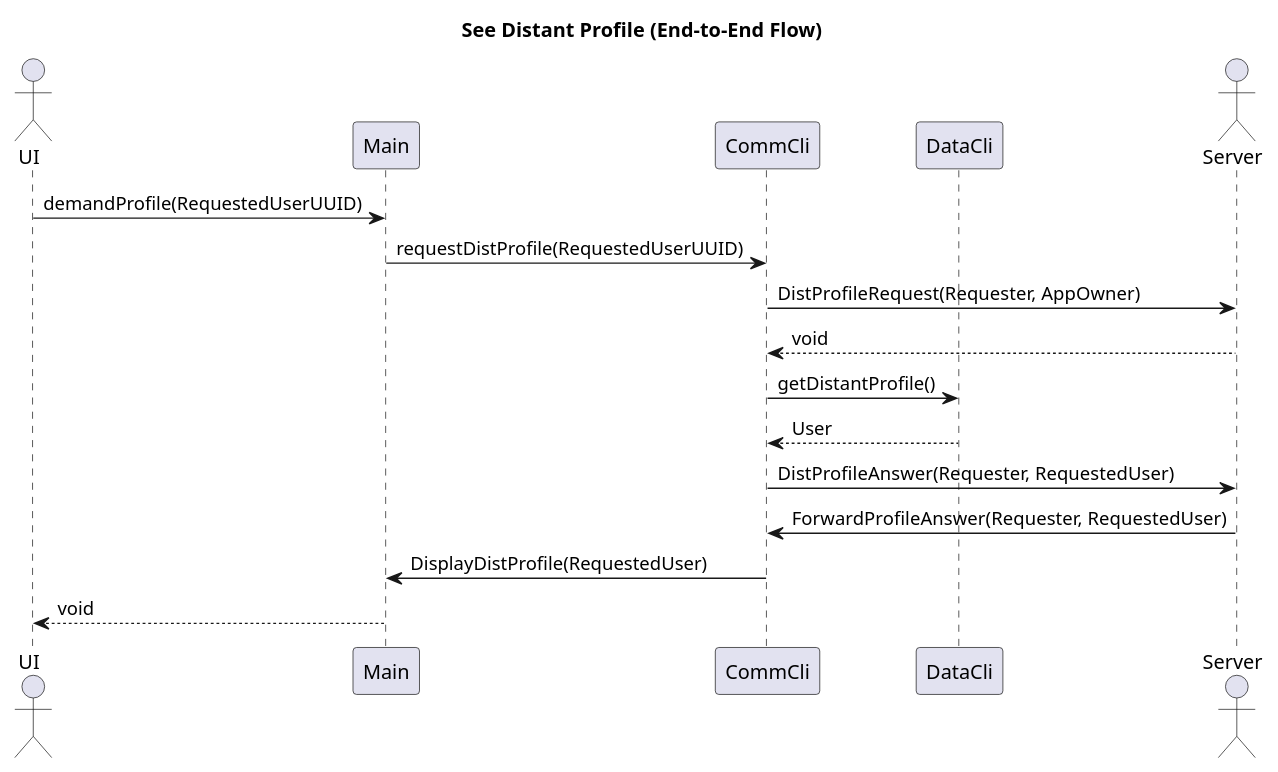
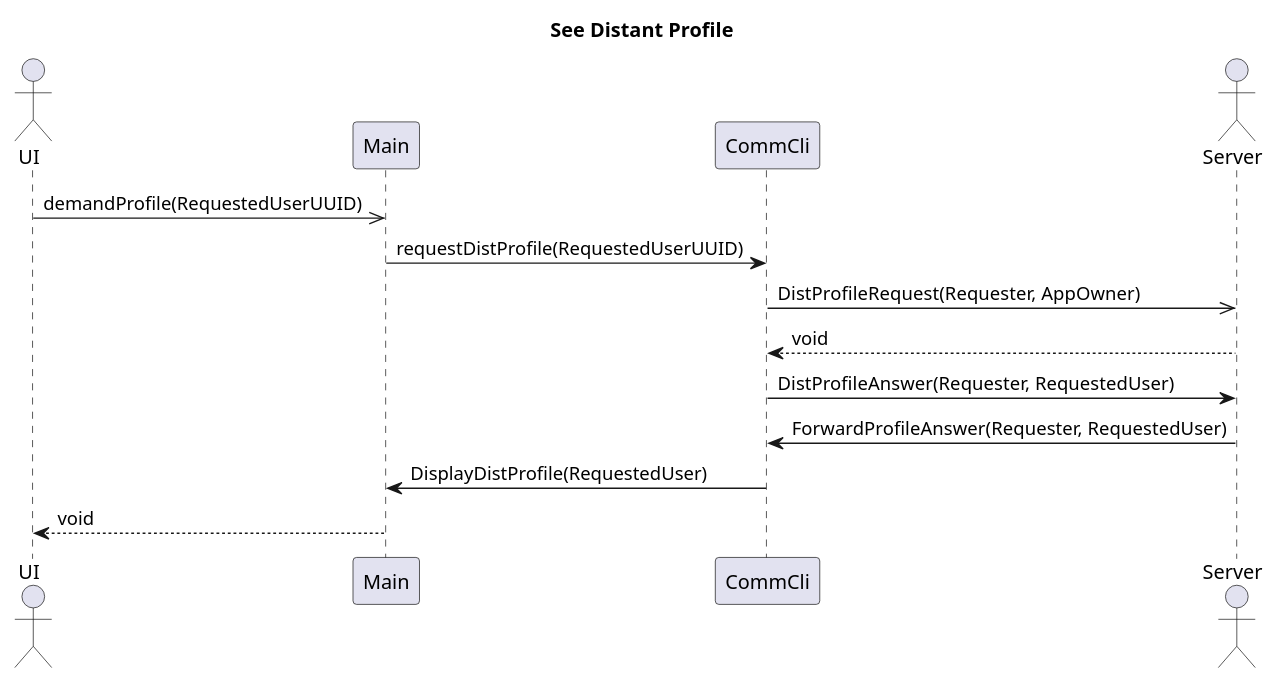
The diagram in diagrams/sequences/SeeProfile/SeeDistantProfile_EndToEnd.pu (moha-tah/kanban-project), drawn with PlantUML before and after one commit. The commit also changed 2 other files, not shown here.

Commit message:
Correction UML (#168)

```diff
--- a/diagrams/sequences/SeeProfile/SeeDistantProfile_EndToEnd.pu
+++ b/diagrams/sequences/SeeProfile/SeeDistantProfile_EndToEnd.pu
@@ -1,30 +1,26 @@
 @startuml
-title See Distant Profile (End-to-End Flow)
+title See Distant Profile 
 
 actor "UI" as UI
 participant "Main" as Client
 participant "CommCli" as CommClient
-participant "DataCli" as DataClient
 actor Server as S
 
-UI -> Client : demandProfile(RequestedUserUUID)
+UI ->> Client : demandProfile(RequestedUserUUID)
 
 Client -> CommClient : requestDistProfile(RequestedUserUUID)
 
-CommClient -> S : DistProfileRequest(Requester, AppOwner)
+CommClient ->> S : DistProfileRequest(Requester, AppOwner)
 S --> CommClient : void
-
-CommClient -> DataClient : getDistantProfile()
-DataClient --> CommClient : User
 
 
 CommClient -> S : DistProfileAnswer(Requester, RequestedUser)
 
 
 S -> CommClient : ForwardProfileAnswer(Requester, RequestedUser)
 
 
 CommClient -> Client : DisplayDistProfile(RequestedUser)
 Client --> UI : void
 
 @enduml
```
